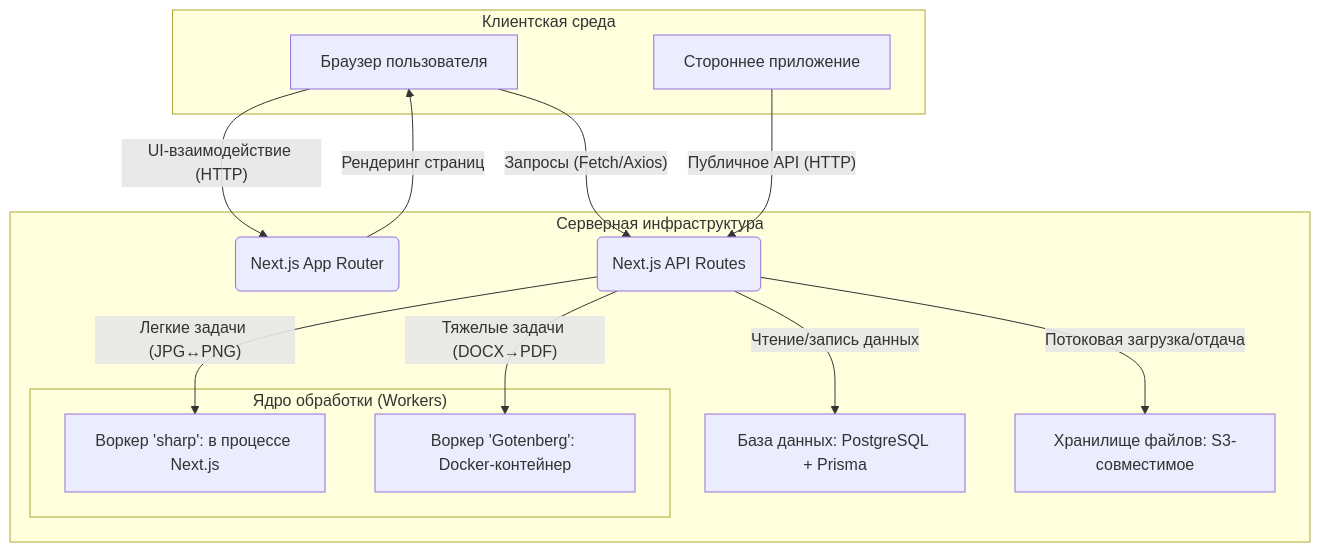
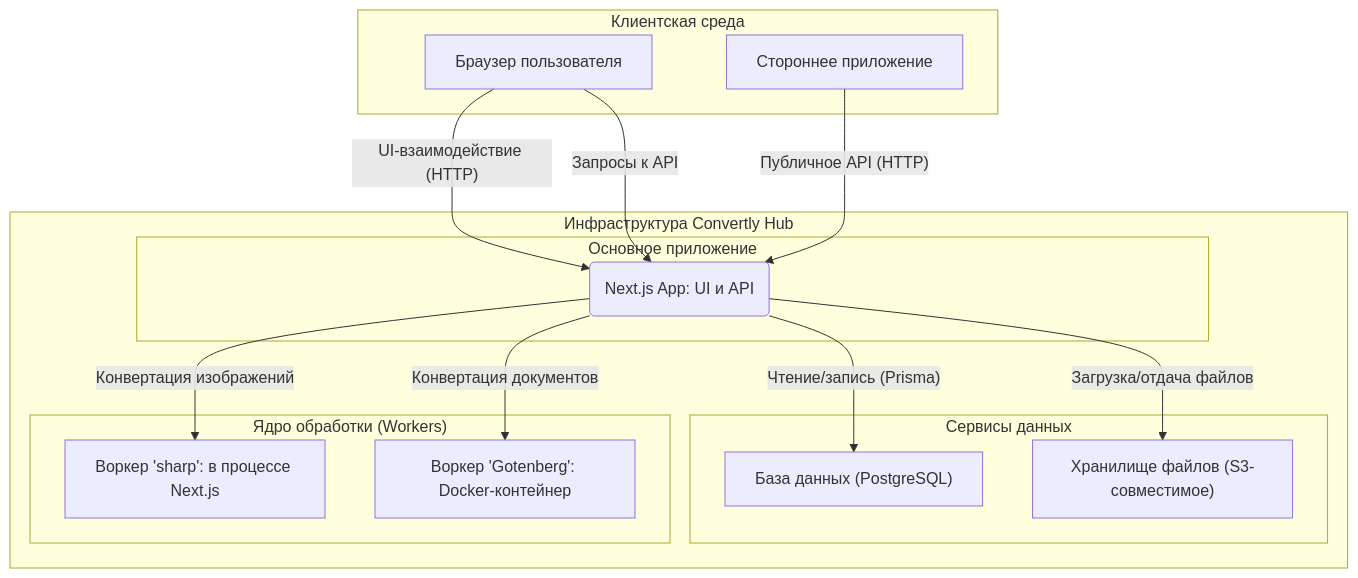
One commit to OlegBon/ip-js_plus_deep_ai-2026-07 changed the diagram in convertly-hub/docs/architecture.md. Above: the diagram before and after it, drawn with Mermaid. The commit also changed other lines of this file, not shown here.

Commit message:
Step 13: Upd architecture.md

````diff
--- a/convertly-hub/docs/architecture.md
+++ b/convertly-hub/docs/architecture.md
@@ -17,31 +17,33 @@
 ```mermaid
 graph TD
     subgraph "Клиентская среда"
         A[Браузер пользователя]
         B[Стороннее приложение]
     end
 
-    subgraph "Серверная инфраструктура"
-        C(Next.js App Router)
-        D(Next.js API Routes)
-        E["База данных: PostgreSQL + Prisma"]
-        F["Хранилище файлов: S3-совместимое"]
+    subgraph "Инфраструктура Convertly Hub"
+        subgraph "Основное приложение"
+            C(Next.js App: UI и API)
+        end
+        
+        subgraph "Сервисы данных"
+            E["База данных (PostgreSQL)"]
+            F["Хранилище файлов (S3-совместимое)"]
+        end
 
         subgraph "Ядро обработки (Workers)"
             G["Воркер 'sharp': в процессе Next.js"]
             H["Воркер 'Gotenberg': Docker-контейнер"]
         end
     end
 
     A -- "UI-взаимодействие (HTTP)" --> C
-    A -- "Запросы (Fetch/Axios)" --> D
+    A -- "Запросы к API" --> C
 
-    B -- "Публичное API (HTTP)" --> D
+    B -- "Публичное API (HTTP)" --> C
 
-    C -- "Рендеринг страниц" --> A
-
-    D -- "Чтение/запись данных" --> E
-    D -- "Потоковая загрузка/отдача" --> F
-    D -- "Легкие задачи (JPG↔PNG)" --> G
-    D -- "Тяжелые задачи (DOCX→PDF)" --> H
+    C -- "Чтение/запись (Prisma)" --> E
+    C -- "Загрузка/отдача файлов" --> F
+    C -- "Конвертация изображений" --> G
+    C -- "Конвертация документов" --> H
 ```
````
